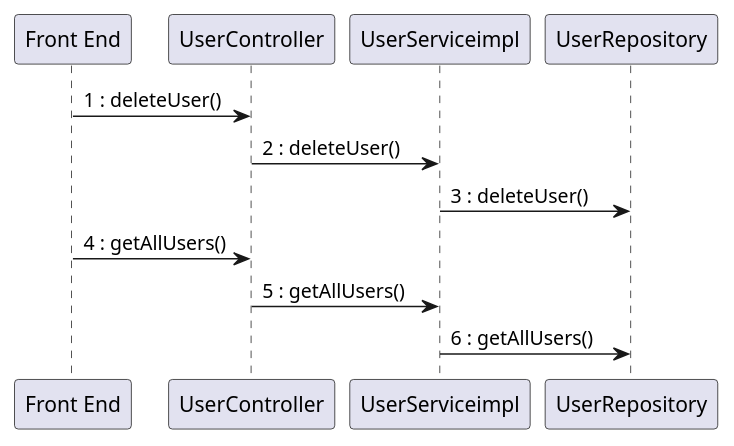
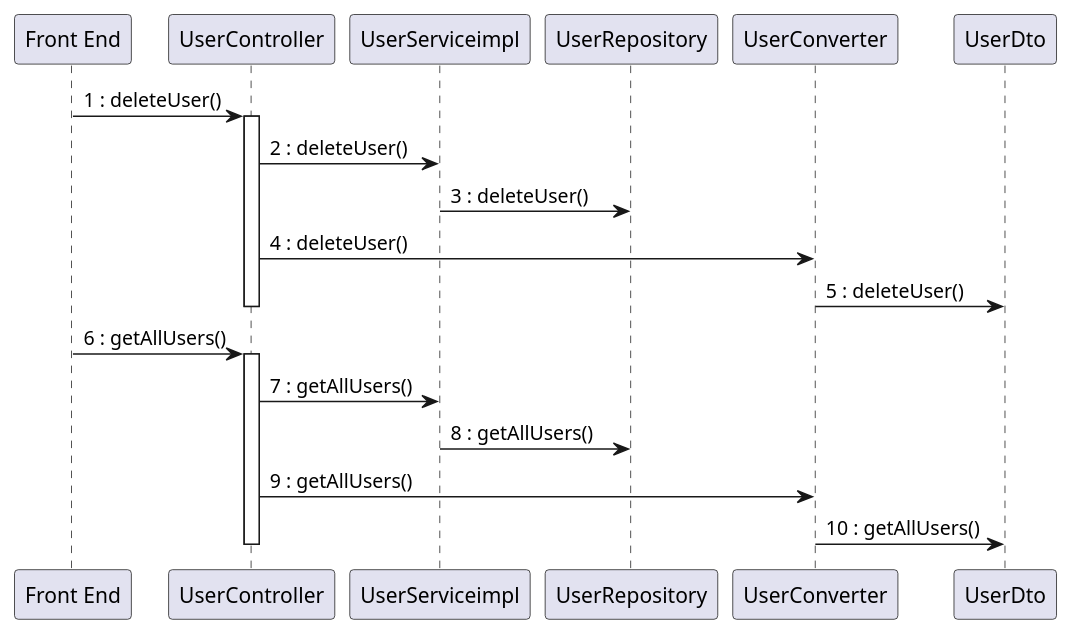
The seventh of 15 diagrams in docs/DesignDocument.md (mosTavassoli/ezgas), drawn with PlantUML before and after one commit. The commit also changed other lines of this file, not shown here.

Commit message:
docs(DesignDocument): fix traceability matrix, improve sequence diagrams and fill class diagram classes with methods and attributes

````diff
--- a/docs/DesignDocument.md
+++ b/docs/DesignDocument.md
@@ -343,13 +492,25 @@
 ```plantuml
 "Front End" -> UserController:1 : deleteUser()
+activate UserController
 
 UserController -> UserServiceimpl:2 : deleteUser()
 
 UserServiceimpl -> UserRepository:3 : deleteUser()
 
-"Front End" -> UserController:4 : getAllUsers()
+UserController -> UserConverter:4 : deleteUser()
 
-UserController -> UserServiceimpl:5 : getAllUsers()
+UserConverter -> UserDto:5 : deleteUser()
+deactivate UserController
 
-UserServiceimpl -> UserRepository:6 : getAllUsers()
+"Front End" -> UserController:6 : getAllUsers()
+activate UserController
+
+UserController -> UserServiceimpl:7 : getAllUsers()
+
+UserServiceimpl -> UserRepository:8 : getAllUsers()
+
+UserController -> UserConverter:9 : getAllUsers()
+
+UserConverter -> UserDto:10 : getAllUsers()
+deactivate UserController
 ```
````
